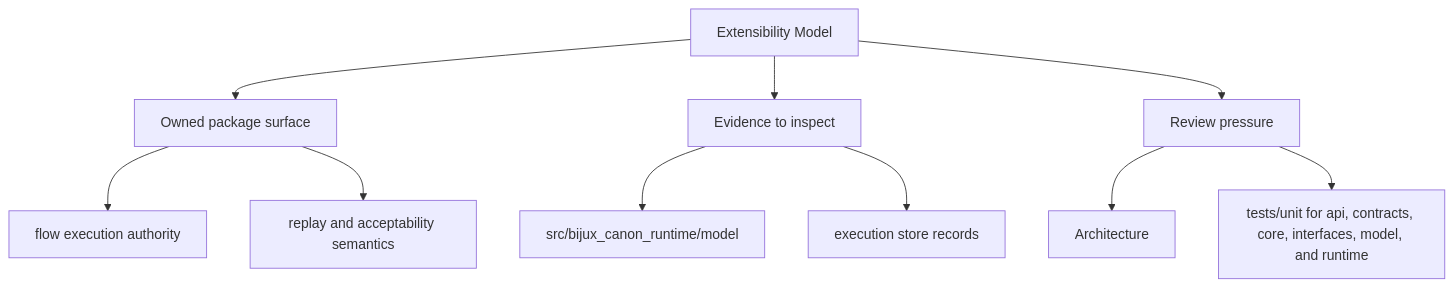
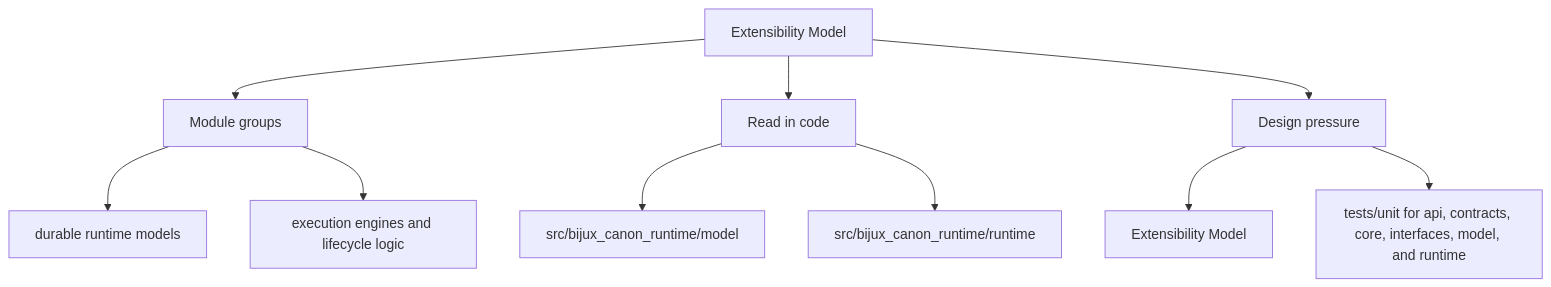
One commit to bijux/bijux-canon changed the second of 2 diagrams in docs/bijux-canon-runtime/architecture/extensibility-model.md. Above: the diagram before and after it, drawn with Mermaid. The commit also changed other lines of this file and 250 other files, not shown here.

Commit message:
docs(diagrams): make product page maps more readable

````diff
--- a/docs/bijux-canon-runtime/architecture/extensibility-model.md
+++ b/docs/bijux-canon-runtime/architecture/extensibility-model.md
@@ -34,22 +34,22 @@
 ```mermaid
 flowchart TD
     page["Extensibility Model"]
-    focus1["Owned package surface"]
+    focus1["Module groups"]
     page --> focus1
-    focus1_1["flow execution authority"]
+    focus1_1["durable runtime models"]
     focus1 --> focus1_1
-    focus1_2["replay and acceptability semantics"]
+    focus1_2["execution engines and lifecycle logic"]
     focus1 --> focus1_2
-    focus2["Evidence to inspect"]
+    focus2["Read in code"]
     page --> focus2
     focus2_1["src/bijux_canon_runtime/model"]
     focus2 --> focus2_1
-    focus2_2["execution store records"]
+    focus2_2["src/bijux_canon_runtime/runtime"]
     focus2 --> focus2_2
-    focus3["Review pressure"]
+    focus3["Design pressure"]
     page --> focus3
-    focus3_1["Architecture"]
+    focus3_1["Extensibility Model"]
     focus3 --> focus3_1
     focus3_2["tests/unit for api, contracts, core, interfaces, model, and runtime"]
     focus3 --> focus3_2
 ```
````
